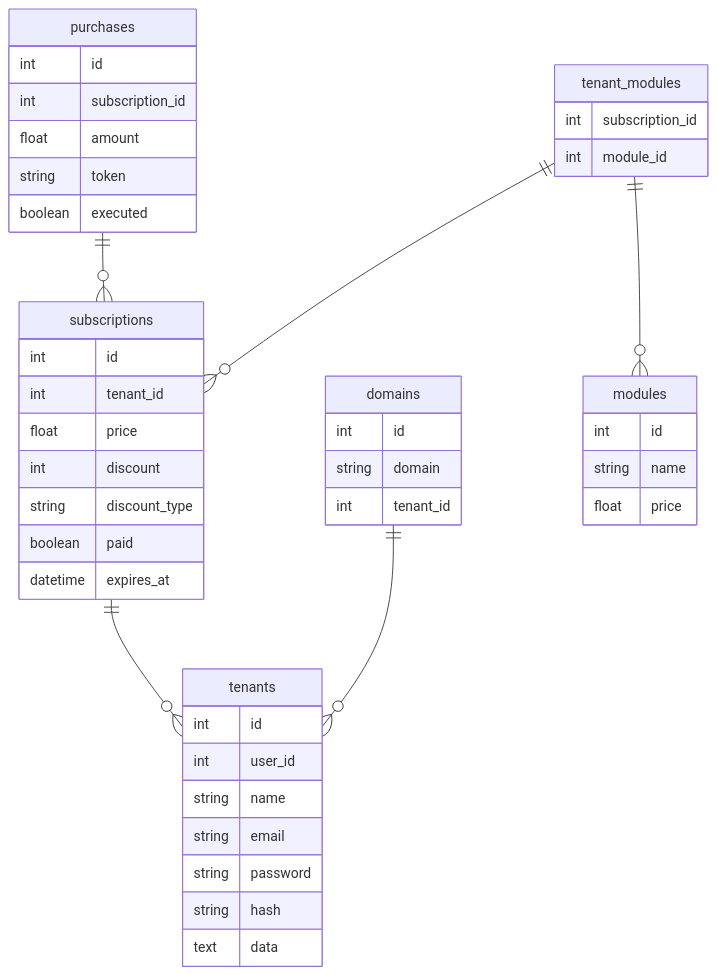
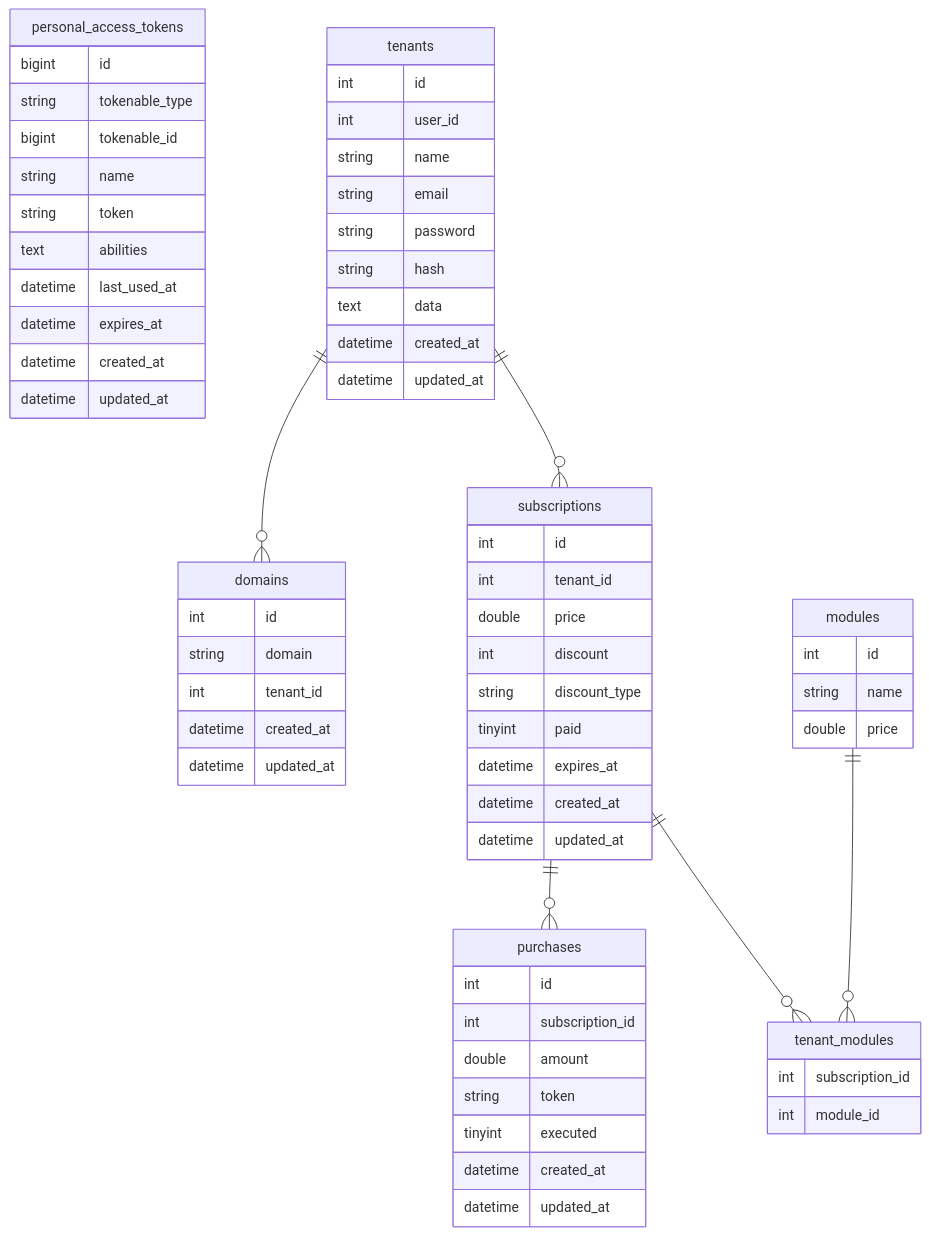
One commit to grey-dev-0/oaters changed the diagram in docs/database/core-diagram.md. Above: the diagram before and after it, drawn with Mermaid. The commit also changed 10 other files, not shown here.

Commit message:
Updated ERD generation based on deployed database schema instead of migration files scanning.

````diff
--- a/docs/database/core-diagram.md
+++ b/docs/database/core-diagram.md
@@ -3,48 +3,68 @@
 ```mermaid
 erDiagram
+    domains {
+        int id
+        string domain
+        int tenant_id
+        datetime created_at
+        datetime updated_at
+    }
+    modules {
+        int id
+        string name
+        double price
+    }
+    personal_access_tokens {
+        bigint id
+        string tokenable_type
+        bigint tokenable_id
+        string name
+        string token
+        text abilities
+        datetime last_used_at
+        datetime expires_at
+        datetime created_at
+        datetime updated_at
+    }
+    purchases {
+        int id
+        int subscription_id
+        double amount
+        string token
+        tinyint executed
+        datetime created_at
+        datetime updated_at
+    }
+    subscriptions {
+        int id
+        int tenant_id
+        double price
+        int discount
+        string discount_type
+        tinyint paid
+        datetime expires_at
+        datetime created_at
+        datetime updated_at
+    }
+    tenant_modules {
+        int subscription_id
+        int module_id
+    }
     tenants {
         int id
         int user_id
         string name
         string email
         string password
         string hash
         text data
+        datetime created_at
+        datetime updated_at
     }
-    domains {
-        int id
-        string domain
-        int tenant_id
-    }
-    subscriptions {
-        int id
-        int tenant_id
-        float price
-        int discount
-        string discount_type
-        boolean paid
-        datetime expires_at
-    }
-    modules {
-        int id
-        string name
-        float price
-    }
-    tenant_modules {
-        int subscription_id
-        int module_id
-    }
-    purchases {
-        int id
-        int subscription_id
-        float amount
-        string token
-        boolean executed
-    }
-    domains ||--o{ tenants : ""
-    subscriptions ||--o{ tenants : ""
-    tenant_modules ||--o{ subscriptions : ""
-    tenant_modules ||--o{ modules : ""
-    purchases ||--o{ subscriptions : ""
+    tenants ||--o{ domains : ""
+    subscriptions ||--o{ purchases : ""
+    tenants ||--o{ subscriptions : ""
+    modules ||--o{ tenant_modules : ""
+    subscriptions ||--o{ tenant_modules : ""
 
 ```
````
